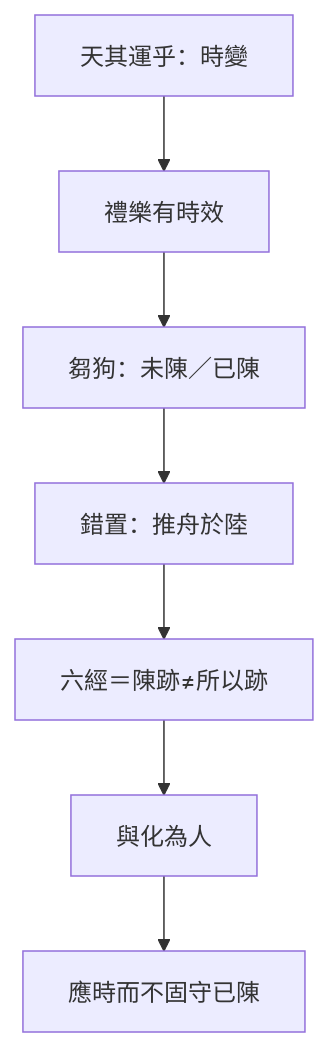
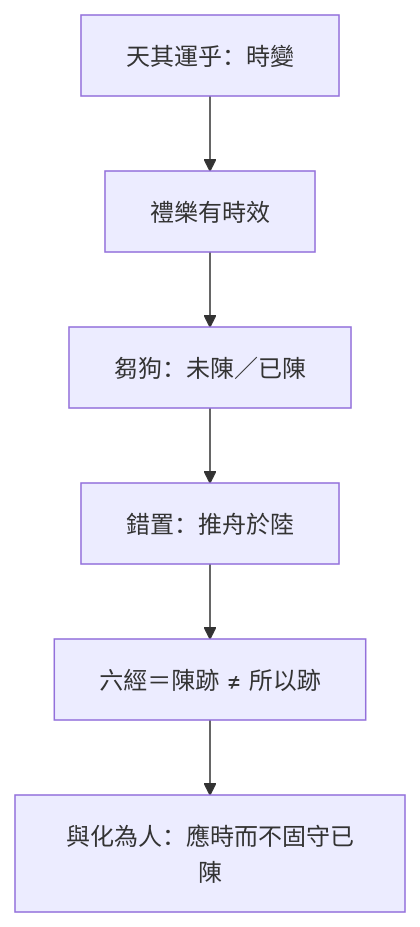
One commit to show0621/zhuangzi-atlas changed the diagram in content/chapters/02-外篇/14-天運.md. Above: the diagram before and after it, drawn with Mermaid. The commit also changed other lines of this file and 35 other files, not shown here.

First line of the commit message:
fix(print): 全書心智圖改單欄並獨頁放大

````diff
--- a/content/chapters/02-外篇/14-天運.md
+++ b/content/chapters/02-外篇/14-天運.md
@@ -158,9 +158,9 @@
 ```mermaid
 flowchart TB
-  T[天其運乎：時變] --> L[禮樂有時效]
-  L --> C[芻狗：未陳／已陳]
-  C --> M[錯置：推舟於陸]
-  M --> J[六經＝陳跡≠所以跡]
-  J --> H[與化為人]
-  H --> R[應時而不固守已陳]
+  T["天其運乎：時變"]
+  T --> L["禮樂有時效"]
+  L --> C["芻狗：未陳／已陳"]
+  C --> M["錯置：推舟於陸"]
+  M --> J["六經＝陳跡 ≠ 所以跡"]
+  J --> R["與化為人：應時而不固守已陳"]
 ```
````
